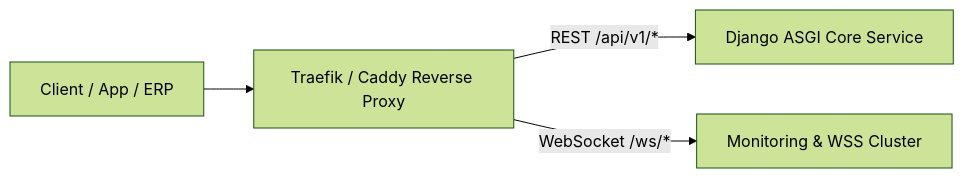
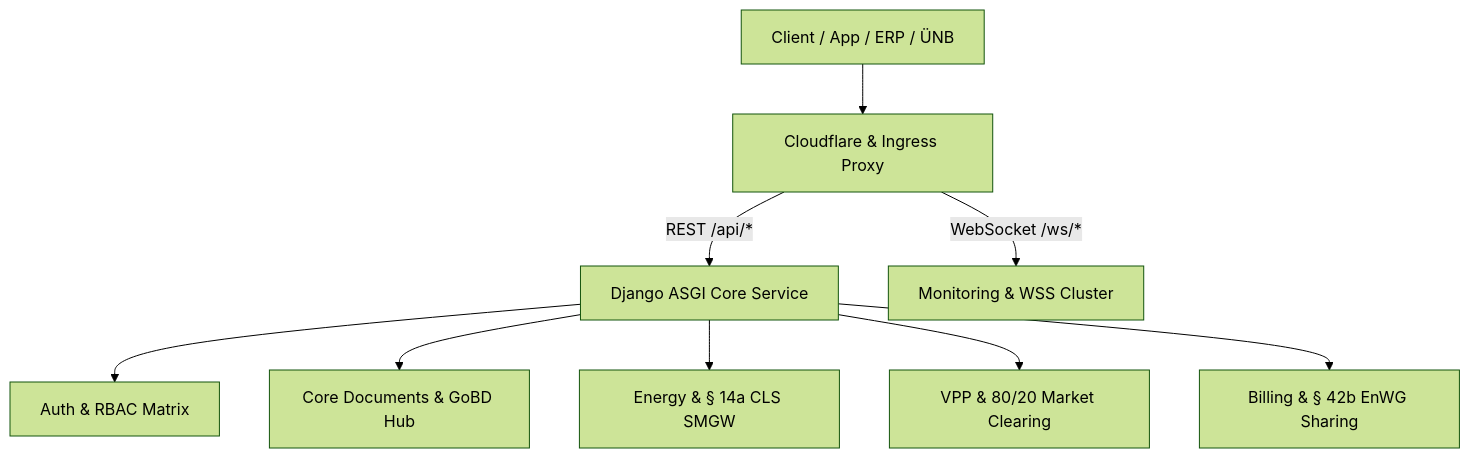
One commit to smartcuc/homeassistant-sharegy changed the diagram in docs/architecture/API_REFERENCE_AND_ENDPOINTS.md. Above: the diagram before and after it, drawn with Mermaid (forest theme). The commit also changed other lines of this file and 5 other files, not shown here.

Commit message:
docs(architecture): synchronize all 6 core strategic, valuation, gap, blueprint, roadmap and API docs with v5.4 release

````diff
--- a/docs/architecture/API_REFERENCE_AND_ENDPOINTS.md
+++ b/docs/architecture/API_REFERENCE_AND_ENDPOINTS.md
@@ -24,6 +24,12 @@
 ```mermaid
-graph LR
-    Client["Client / App / ERP"] --> Gateway["Traefik / Caddy Reverse Proxy"]
-    Gateway -->|"REST /api/v1/*"| Django["Django ASGI Core Service"]
+graph TD
+    Client["Client / App / ERP / ÜNB"] --> Gateway["Cloudflare & Ingress Proxy"]
+    Gateway -->|"REST /api/*"| Django["Django ASGI Core Service"]
     Gateway -->|"WebSocket /ws/*"| Cluster["Monitoring & WSS Cluster"]
+    
+    Django --> M1["Auth & RBAC Matrix"]
+    Django --> M2["Core Documents & GoBD Hub"]
+    Django --> M3["Energy & § 14a CLS SMGW"]
+    Django --> M4["VPP & 80/20 Market Clearing"]
+    Django --> M5["Billing & § 42b EnWG Sharing"]
 ```
````
